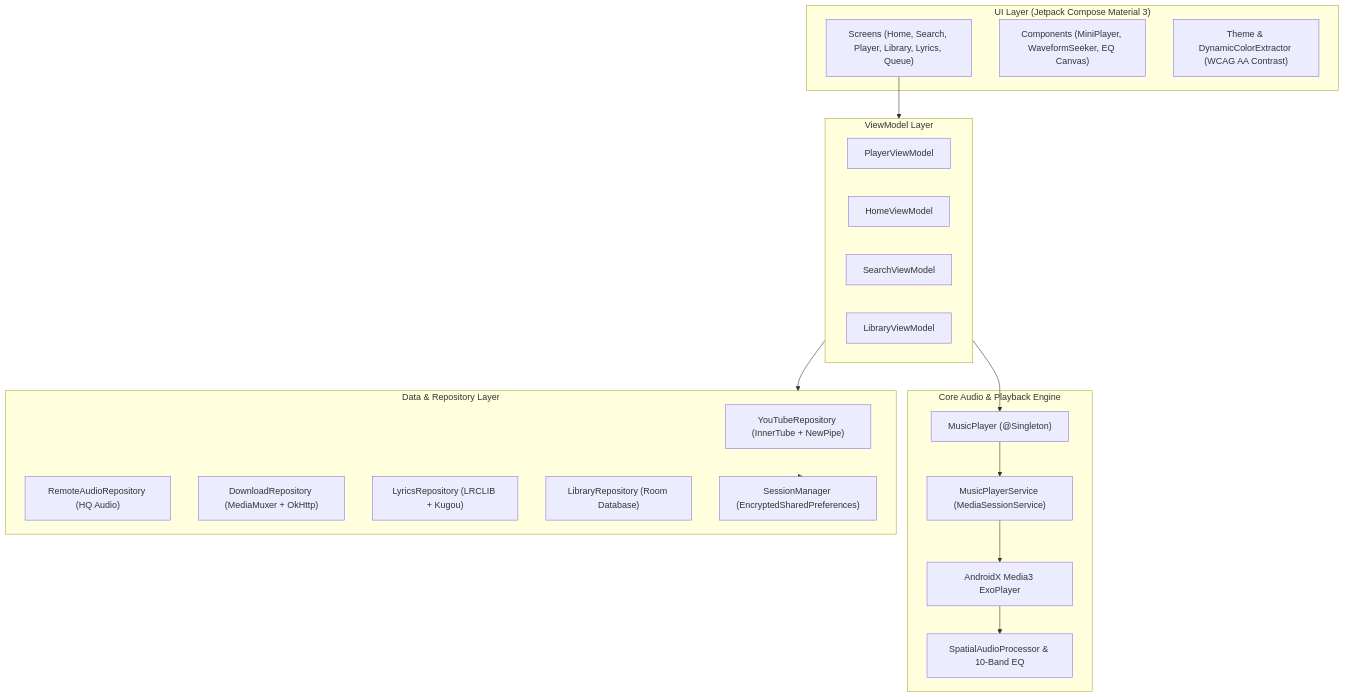
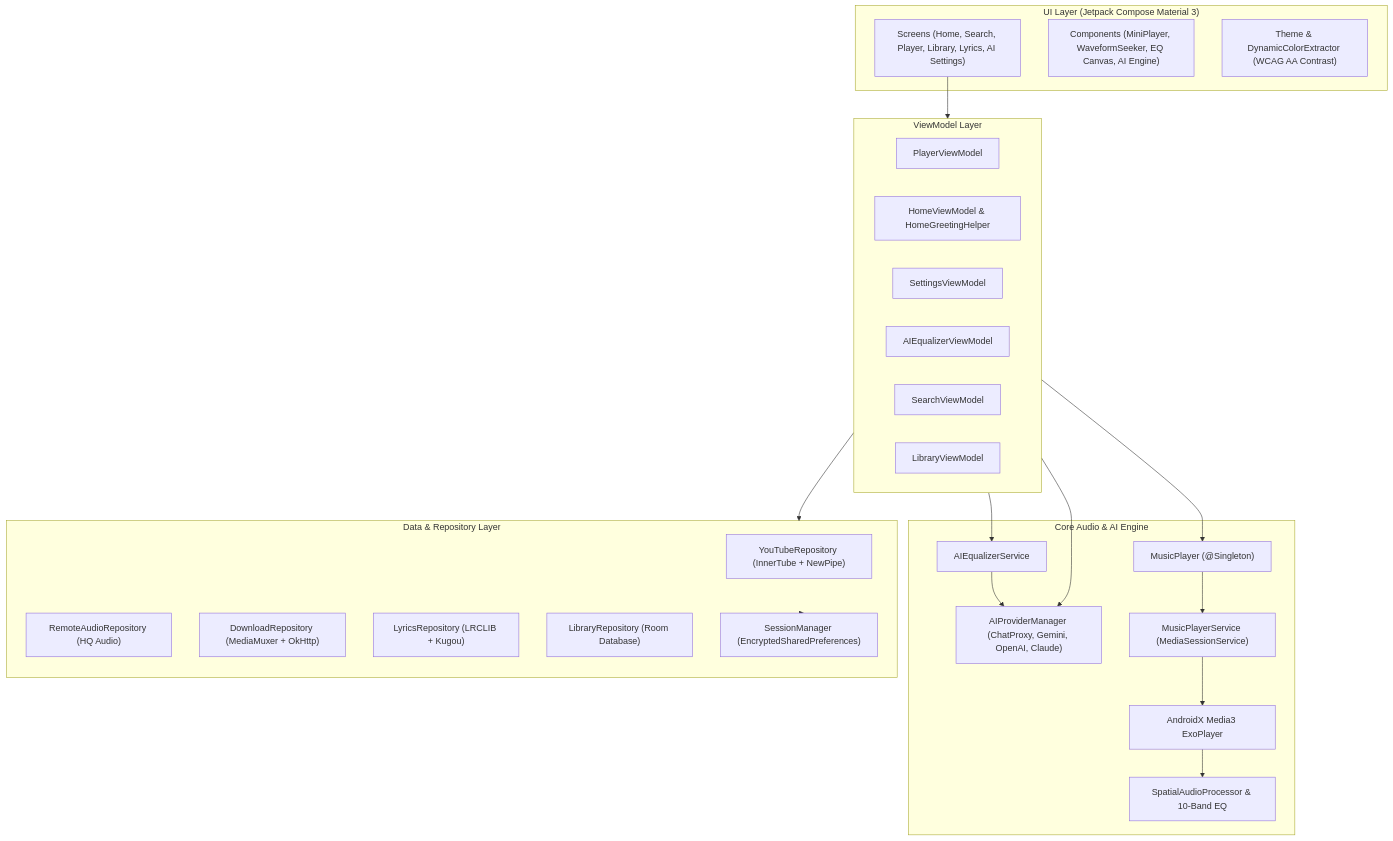
The diagram in README.md (princekjha-dev/Sonza), drawn with Mermaid before and after one commit. The commit also changed other lines of this file, not shown here.

````diff
--- a/README.md
+++ b/README.md
@@ -108,39 +121,46 @@
 ```mermaid
 graph TD
     subgraph UI ["UI Layer (Jetpack Compose Material 3)"]
-        Screens["Screens (Home, Search, Player, Library, Lyrics, Queue)"]
-        Components["Components (MiniPlayer, WaveformSeeker, EQ Canvas)"]
+        Screens["Screens (Home, Search, Player, Library, Lyrics, AI Settings)"]
+        Components["Components (MiniPlayer, WaveformSeeker, EQ Canvas, AI Engine)"]
         Theme["Theme & DynamicColorExtractor (WCAG AA Contrast)"]
     end
 
     subgraph ViewModel ["ViewModel Layer"]
         PlayerVM["PlayerViewModel"]
-        HomeVM["HomeViewModel"]
+        HomeVM["HomeViewModel & HomeGreetingHelper"]
+        SettingsVM["SettingsViewModel"]
+        AIEqualizerVM["AIEqualizerViewModel"]
         SearchVM["SearchViewModel"]
         LibraryVM["LibraryViewModel"]
     end
 
-    subgraph CorePlayer ["Core Audio & Playback Engine"]
+    subgraph CorePlayer ["Core Audio & AI Engine"]
         MusicPlayer["MusicPlayer (@Singleton)"]
         ExoPlayer["AndroidX Media3 ExoPlayer"]
         SpatialDSP["SpatialAudioProcessor & 10-Band EQ"]
+        AIProviderMgr["AIProviderManager (ChatProxy, Gemini, OpenAI, Claude)"]
+        AIEqualizerSvc["AIEqualizerService"]
         MusicPlayerService["MusicPlayerService (MediaSessionService)"]
     end
 
     subgraph DataLayer ["Data & Repository Layer"]
         YouTubeRepo["YouTubeRepository (InnerTube + NewPipe)"]
         RemoteAudioRepo["RemoteAudioRepository (HQ Audio)"]
         DownloadRepo["DownloadRepository (MediaMuxer + OkHttp)"]
         LyricsRepo["LyricsRepository (LRCLIB + Kugou)"]
         LibraryRepo["LibraryRepository (Room Database)"]
         SessionMgr["SessionManager (EncryptedSharedPreferences)"]
     end
 
     Screens --> ViewModel
     ViewModel --> MusicPlayer
+    ViewModel --> AIProviderMgr
+    ViewModel --> AIEqualizerSvc
     ViewModel --> DataLayer
     MusicPlayer --> MusicPlayerService
     MusicPlayerService --> ExoPlayer
     ExoPlayer --> SpatialDSP
+    AIEqualizerSvc --> AIProviderMgr
     DataLayer --> SessionMgr
 ```
````
